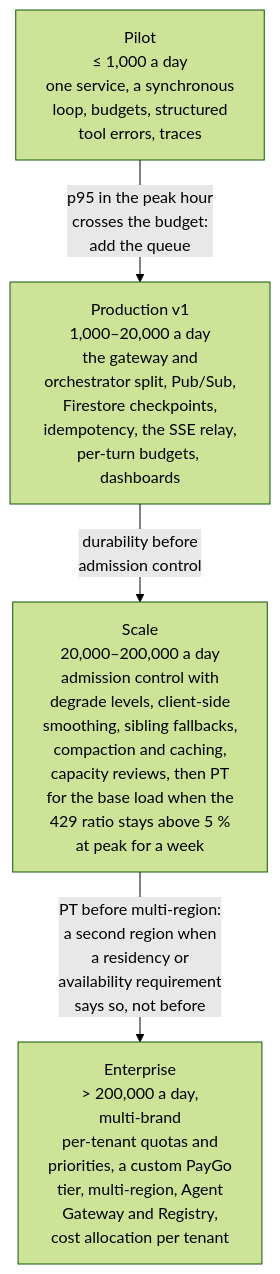
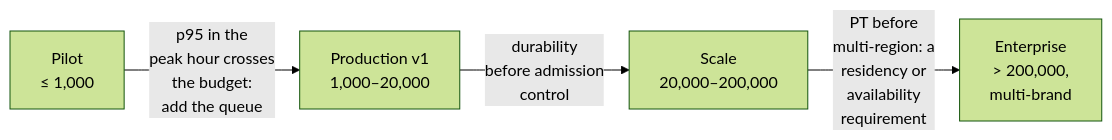
Before and after one commit to aniryou/full-stack-agentic-engineer: the third of 3 diagrams in 06-gateway/scaling-admission-cost/agentic-scaling-lab/docs/01-scaling-primer.md, drawn with Mermaid (forest theme). The commit also changed other lines of this file and 633 other files, not shown here.

First line of the commit message:
Accessible language and one-screen figures, part 1: every figure fits a screen, the STE second pass over the layers (#53)

````diff
--- a/06-gateway/scaling-admission-cost/agentic-scaling-lab/docs/01-scaling-primer.md
+++ b/06-gateway/scaling-admission-cost/agentic-scaling-lab/docs/01-scaling-primer.md
@@ -641,7 +625,6 @@
 ```mermaid
-flowchart TB
-    P["Pilot<br/>≤ 1,000 a day<br/>one service, a synchronous<br/>loop, budgets, structured<br/>tool errors, traces"]
-    P -- "p95 in the peak hour<br/>crosses the budget:<br/>add the queue" --> V1["Production v1<br/>1,000–20,000 a day<br/>the gateway and<br/>orchestrator split, Pub/Sub,<br/>Firestore checkpoints,<br/>idempotency, the SSE relay,<br/>per-turn budgets, dashboards"]
-    V1 -- "durability before<br/>admission control" --> S["Scale<br/>20,000–200,000 a day<br/>admission control with<br/>degrade levels, client-side<br/>smoothing, sibling fallbacks,<br/>compaction and caching,<br/>capacity reviews, then PT<br/>for the base load when the<br/>429 ratio stays above 5 %<br/>at peak for a week"]
-    S -- "PT before multi-region:<br/>a second region when<br/>a residency or<br/>availability requirement<br/>says so, not before" --> E["Enterprise<br/>> 200,000 a day,<br/>multi-brand<br/>per-tenant quotas and<br/>priorities, a custom PayGo<br/>tier, multi-region, Agent<br/>Gateway and Registry,<br/>cost allocation per tenant"]
+flowchart LR
+    P["Pilot<br/>≤ 1,000"] -- "p95 in the<br/>peak hour crosses<br/>the budget:<br/>add the queue" --> V1["Production v1<br/>1,000–20,000"]
+    V1 -- "durability<br/>before admission<br/>control" --> S["Scale<br/>20,000–200,000"]
+    S -- "PT before<br/>multi-region: a<br/>residency or<br/>availability<br/>requirement" --> E["Enterprise<br/>> 200,000,<br/>multi-brand"]
 ```
````
